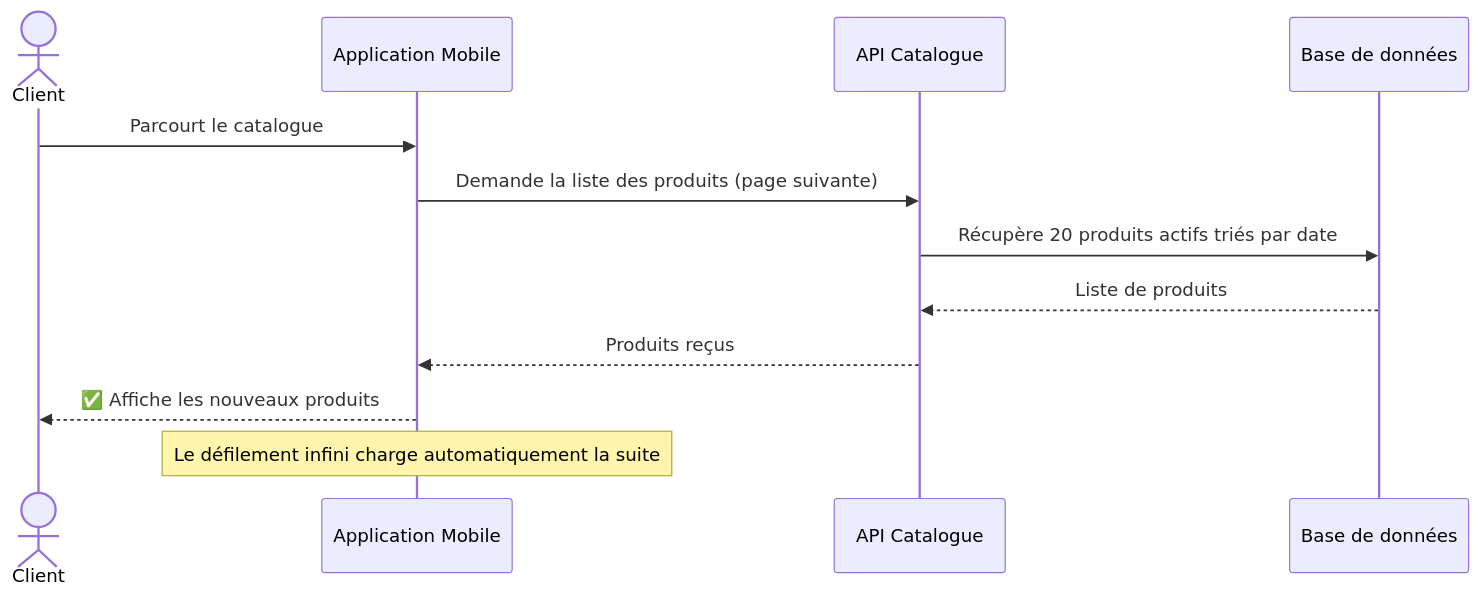
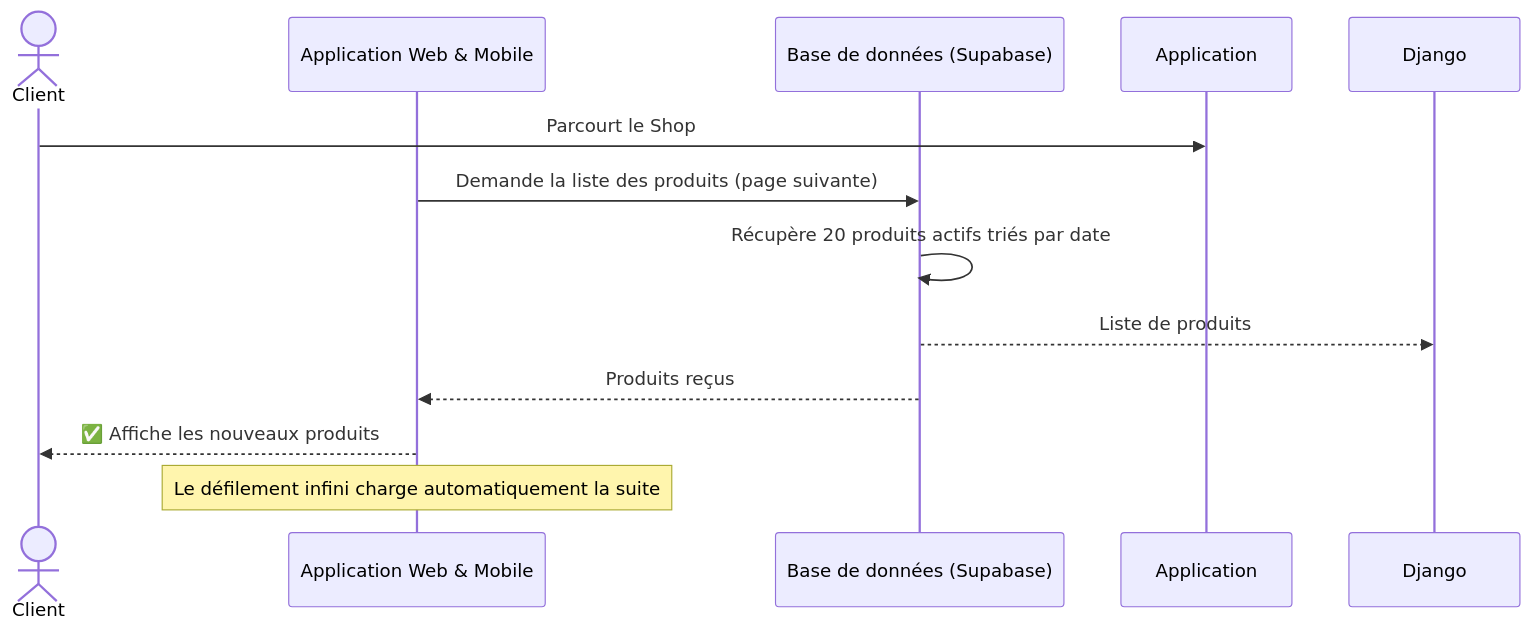
The tenth of 34 diagrams in SEQUENCE_DIAGRAMS_WORD_FORMAT_OPTIMIZED.md (Abderrahmen1111/private-PFE-repos), drawn with Mermaid before and after one commit. The commit also changed other lines of this file and 2 other files, not shown here.

Commit message:
docs: adapt sequence diagrams to Web/Mobile apps and Django SaaS Admin

````diff
--- a/SEQUENCE_DIAGRAMS_WORD_FORMAT_OPTIMIZED.md
+++ b/SEQUENCE_DIAGRAMS_WORD_FORMAT_OPTIMIZED.md
@@ -326,16 +323,15 @@
 ```mermaid
 sequenceDiagram
     actor Client
-    participant Application as Application Mobile
-    participant Serveur as API Catalogue
-    participant BD as Base de données
+    participant App as Application Web & Mobile
+    participant BD as Base de données (Supabase)
 
-    Client->>Application: Parcourt le catalogue
-    Application->>Serveur: Demande la liste des produits (page suivante)
-    Serveur->>BD: Récupère 20 produits actifs triés par date
-    BD-->>Serveur: Liste de produits
-    Serveur-->>Application: Produits reçus
-    Application-->>Client: ✅ Affiche les nouveaux produits
+    Client->>Application: Parcourt le Shop
+    App->>BD: Demande la liste des produits (page suivante)
+    BD->>BD: Récupère 20 produits actifs triés par date
+    BD-->>Django: Liste de produits
+    BD-->>App: Produits reçus
+    App-->>Client: ✅ Affiche les nouveaux produits
 
-    Note over Application: Le défilement infini charge automatiquement la suite
+    Note over App: Le défilement infini charge automatiquement la suite
 ```
````
